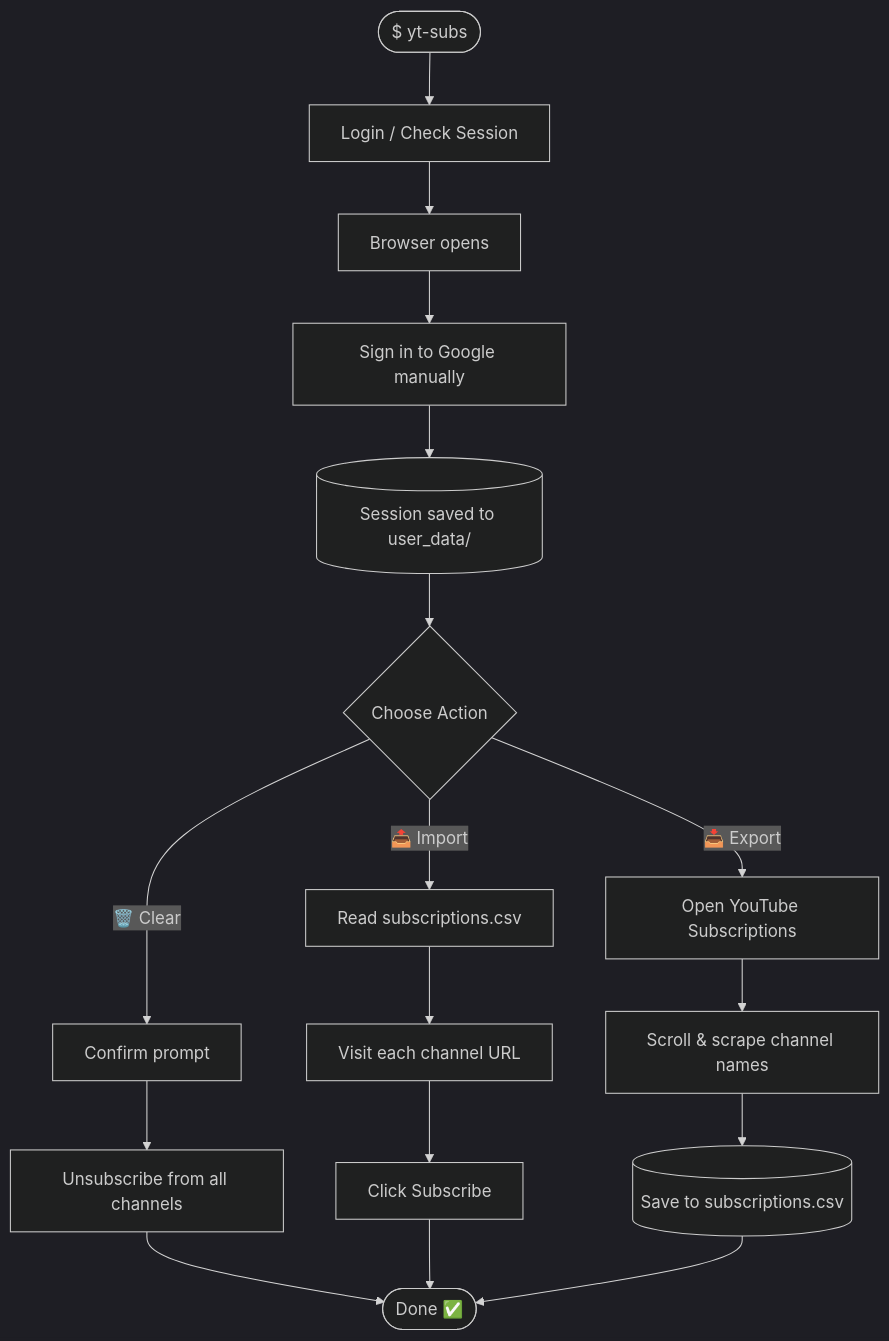
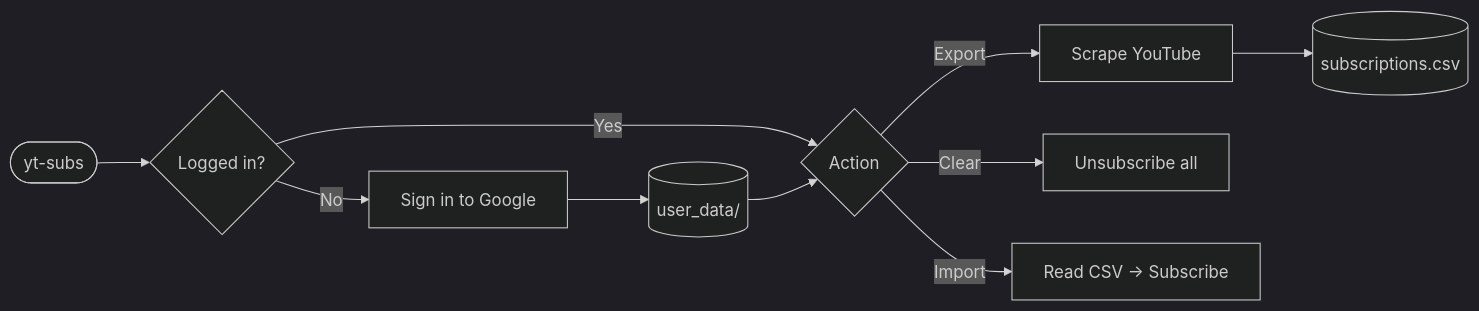
Before and after one commit to savvy773/app-yt-subs: the diagram in README.md, drawn with Mermaid (dark theme).

Commit message:
sync to server - 2026-04-12 15:45:04

````diff
--- a/README.md
+++ b/README.md
@@ -56,24 +56,11 @@
 ```mermaid
-flowchart TD
-    A([$ yt-subs]) --> B[Login / Check Session]
-    B --> C[Browser opens]
-    C --> D[Sign in to Google manually]
-    D --> E[(Session saved to user_data/)]
+flowchart LR
+    A([yt-subs]) --> B{Logged in?}
+    B -->|No| C[Sign in to Google] --> D[(user_data/)]
+    B -->|Yes| E{Action}
+    D --> E
 
-    E --> F{Choose Action}
-
-    F -->|📥 Export| G[Open YouTube Subscriptions]
-    G --> H[Scroll & scrape channel names]
-    H --> I[(Save to subscriptions.csv)]
-
-    F -->|🗑️ Clear| J[Confirm prompt]
-    J --> K[Unsubscribe from all channels]
-    K --> L([Done ✅])
-
-    F -->|📤 Import| M[Read subscriptions.csv]
-    M --> N[Visit each channel URL]
-    N --> O[Click Subscribe]
-    O --> L
-
-    I --> L
+    E -->|Export| F[Scrape YouTube] --> G[(subscriptions.csv)]
+    E -->|Clear| H[Unsubscribe all]
+    E -->|Import| I[Read CSV → Subscribe]
 ```
````
